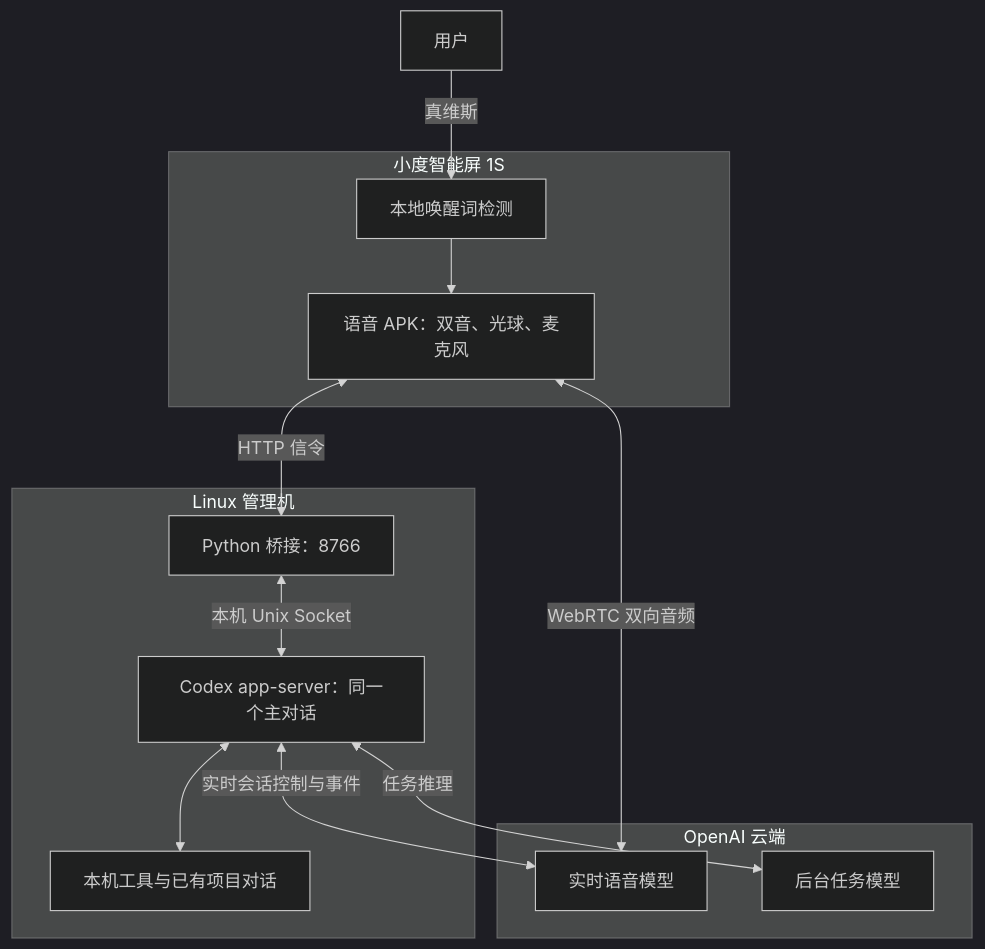
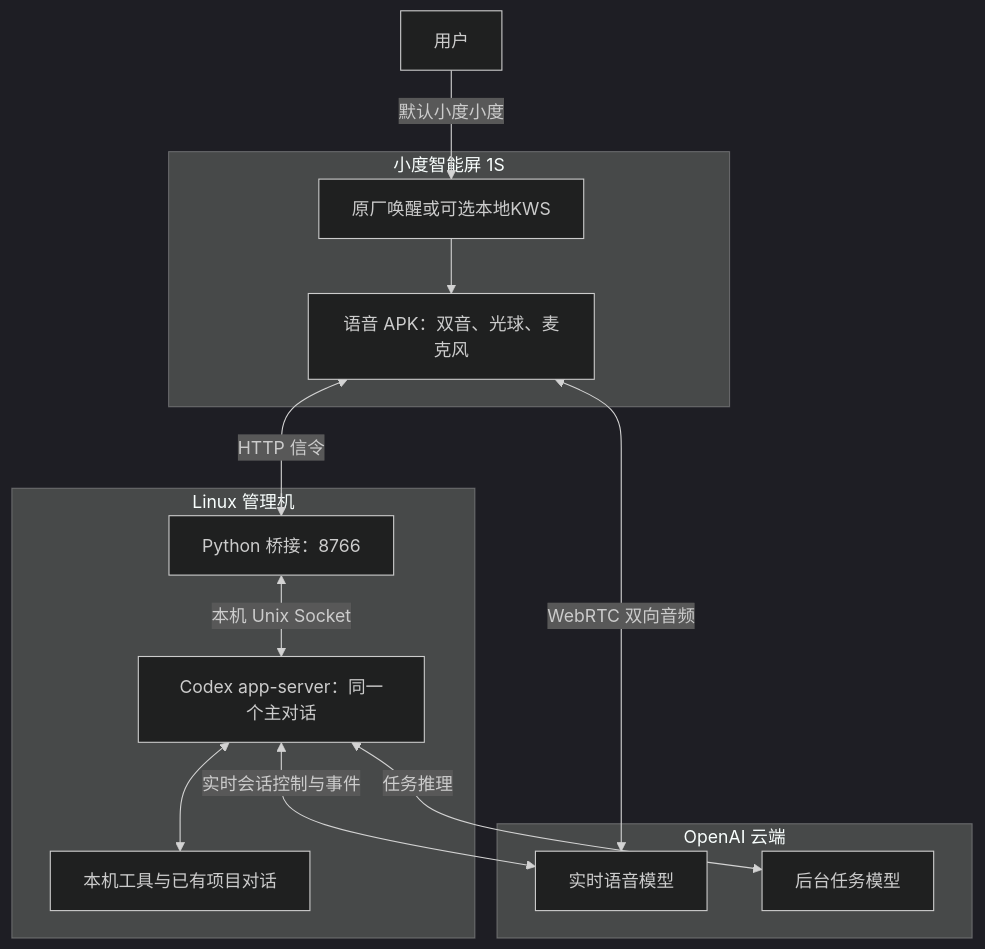
One commit to NoobMaster233/xiaodu-jarvis changed the diagram in README.md. Above: the diagram before and after it, drawn with Mermaid (dark theme). The commit also changed other lines of this file and 55 other files, not shown here.

````diff
--- a/README.md
+++ b/README.md
@@ -26,25 +28,25 @@
 ```mermaid
 flowchart TB
   U[用户]
   subgraph DEVICE[小度智能屏 1S]
-    K[本地唤醒词检测]
+    K[原厂唤醒或可选本地KWS]
     A[语音 APK：双音、光球、麦克风]
     K --> A
   end
   subgraph HOST[Linux 管理机]
     B[Python 桥接：8766]
     C[Codex app-server：同一个主对话]
     P[本机工具与已有项目对话]
     B <-->|本机 Unix Socket| C
     C <--> P
   end
   subgraph CLOUD[OpenAI 云端]
     R[实时语音模型]
     E[后台任务模型]
   end
-  U -->|真维斯| K
+  U -->|默认小度小度| K
   A <-->|HTTP 信令| B
   A <-->|WebRTC 双向音频| R
   C <-->|实时会话控制与事件| R
   C <-->|任务推理| E
 ```
````
